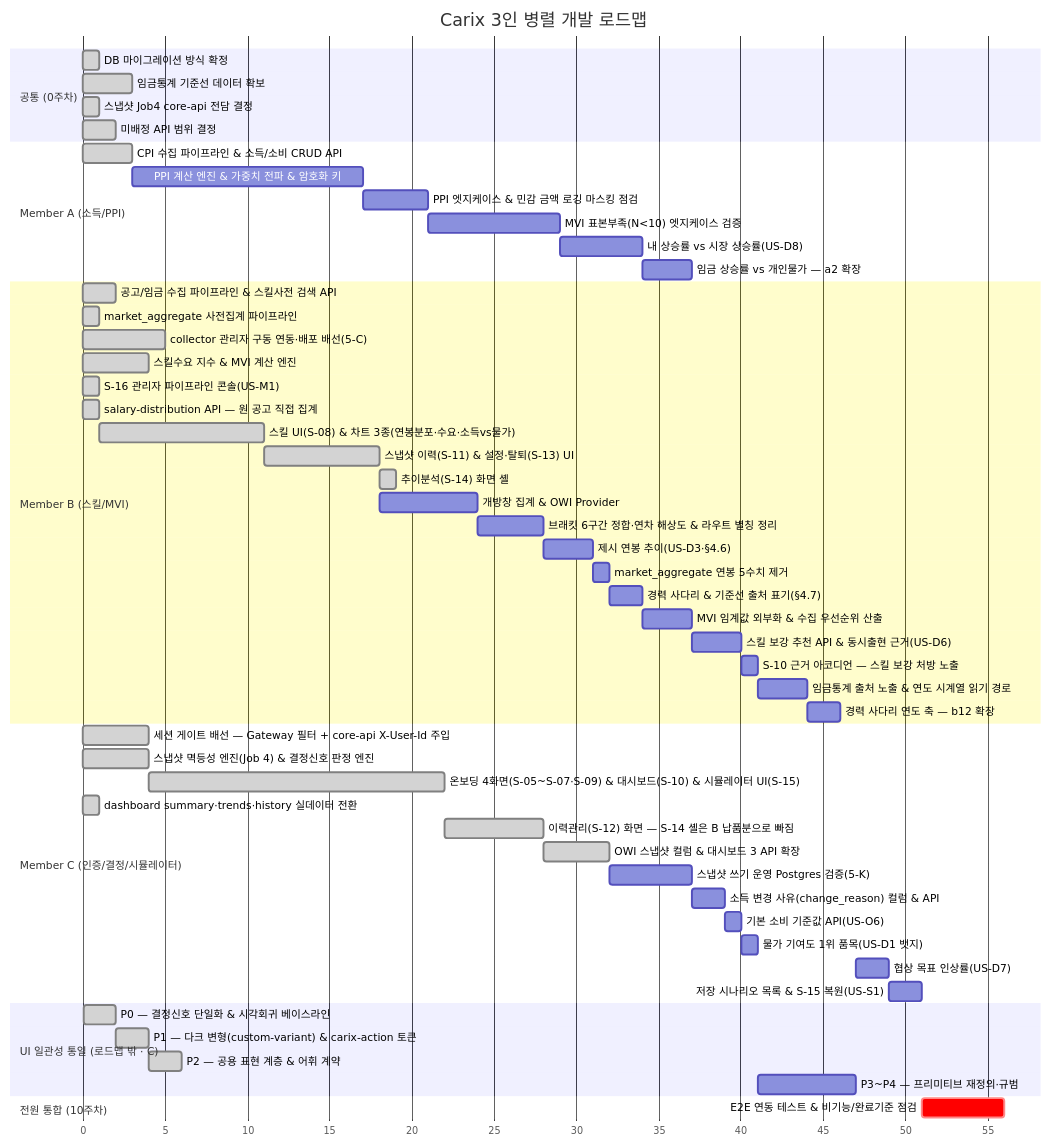
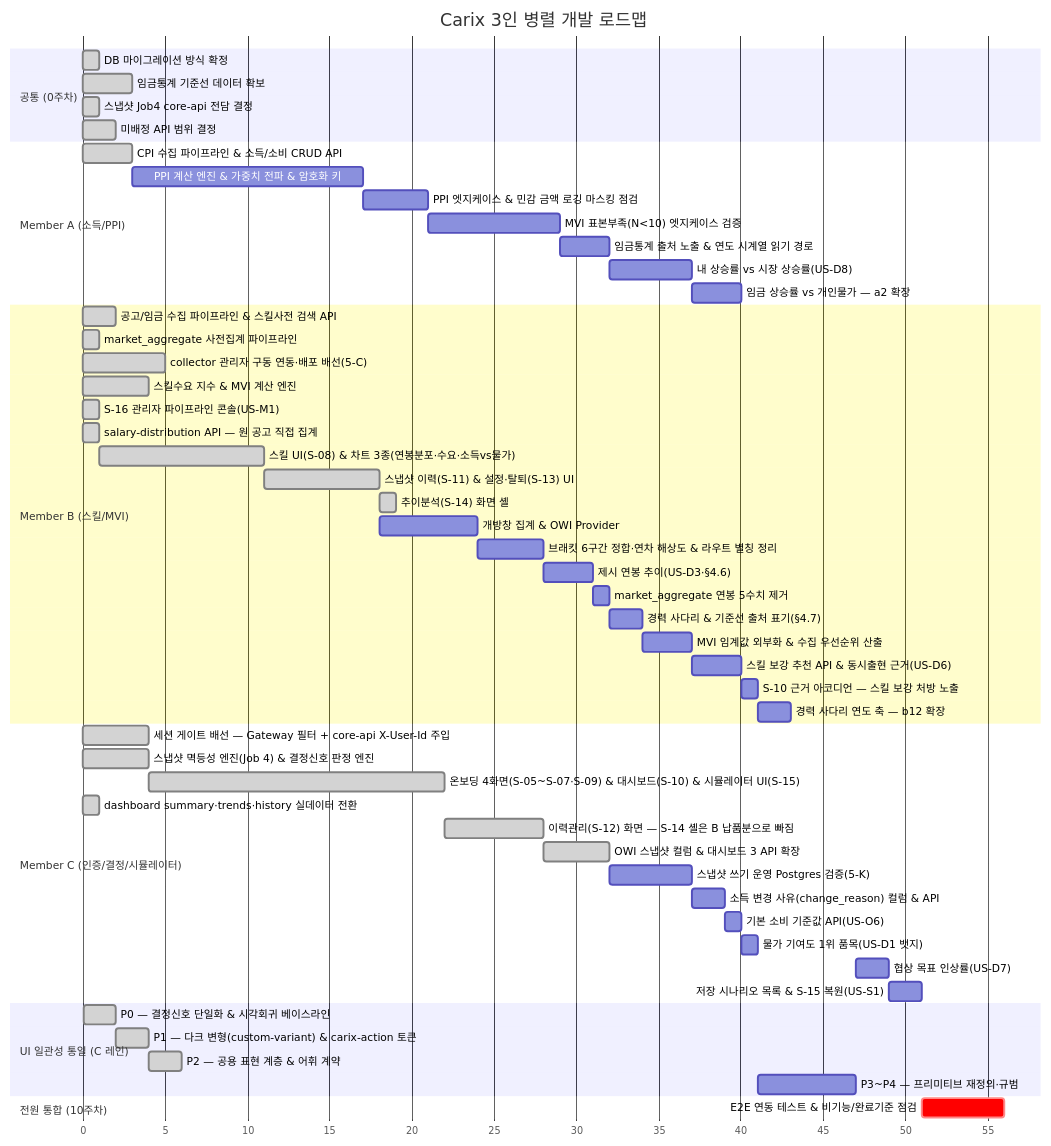
Before and after one commit to SeoHyeokGyu/Carix: the first of 2 diagrams in docs/plans/carix-dev-plan.md, drawn with Mermaid. The commit also changed other lines of this file and 2 other files, not shown here.

````diff
--- a/docs/plans/carix-dev-plan.md
+++ b/docs/plans/carix-dev-plan.md
@@ -89,58 +89,58 @@
 ```mermaid
 gantt
     title Carix 3인 병렬 개발 로드맵
     dateFormat X
     axisFormat %s
     section 공통 (0주차)
     DB 마이그레이션 방식 확정 :done, c0a, 0, 1s
     임금통계 기준선 데이터 확보 :done, a0, 3, 3s
     스냅샷 Job4 core-api 전담 결정 :done, i0, 7, 1s
     미배정 API 범위 결정 :done, c0, 7, 2s
     section Member A (소득/PPI)
     CPI 수집 파이프라인 & 소득/소비 CRUD API :done, a1, 12, 3s
     PPI 계산 엔진 & 가중치 전파 & 암호화 키 :a2, after a1, 14s
     PPI 엣지케이스 & 민감 금액 로깅 마스킹 점검 :a7, after a2, 4s
     MVI 표본부족(N<10) 엣지케이스 검증 :a8, after a7, 8s
-    내 상승률 vs 시장 상승률(US-D8) :a9, after a8, 5s
+    임금통계 출처 노출 & 연도 시계열 읽기 경로 :a11, after a8, 3s
+    내 상승률 vs 시장 상승률(US-D8) :a9, after a11, 5s
     임금 상승률 vs 개인물가 — a2 확장 :a10, after a9, 3s
     section Member B (스킬/MVI)
     공고/임금 수집 파이프라인 & 스킬사전 검색 API :done, b1, 2, 2s
     market_aggregate 사전집계 파이프라인 :done, b2a, 3, 1s
     collector 관리자 구동 연동·배포 배선(5-C) :done, b0, 7, 5s
     스킬수요 지수 & MVI 계산 엔진 :done, b2, 8, 4s
     S-16 관리자 파이프라인 콘솔(US-M1) :done, b16, 14, 1s
     salary-distribution API — 원 공고 직접 집계 :done, b3a, 15, 1s
     스킬 UI(S-08) & 차트 3종(연봉분포·수요·소득vs물가) :done, b3, after b3a, 10s
     스냅샷 이력(S-11) & 설정·탈퇴(S-13) UI :done, b4, after b3, 7s
     추이분석(S-14) 화면 셸 :done, b4a, after b4, 1s
     개방창 집계 & OWI Provider :b6, after b4, 6s
     브래킷 6구간 정합·연차 해상도 & 라우트 별칭 정리 :b7, after b6, 4s
     제시 연봉 추이(US-D3·§4.6) :b10, after b7, 3s
     market_aggregate 연봉 5수치 제거 :b11, after b10, 1s
     경력 사다리 & 기준선 출처 표기(§4.7) :b12, after b11, 2s
     MVI 임계값 외부화 & 수집 우선순위 산출 :b8, after b12, 3s
     스킬 보강 추천 API & 동시출현 근거(US-D6) :b9, after b8, 3s
     S-10 근거 아코디언 — 스킬 보강 처방 노출 :b15, after b9, 1s
-    임금통계 출처 노출 & 연도 시계열 읽기 경로 :b13, after b15, 3s
-    경력 사다리 연도 축 — b12 확장 :b14, after b13, 2s
+    경력 사다리 연도 축 — b12 확장 :b14, after b15, 2s
     section Member C (인증/결정/시뮬레이터)
     세션 게이트 배선 — Gateway 필터 + core-api X-User-Id 주입 :done, c0b, 7, 4s
     스냅샷 멱등성 엔진(Job 4) & 결정신호 판정 엔진 :done, c2, 8, 4s
     온보딩 4화면(S-05~S-07·S-09) & 대시보드(S-10) & 시뮬레이터 UI(S-15) :done, c3, after c2, 18s
     dashboard summary·trends·history 실데이터 전환 :done, c4a, 15, 1s
     이력관리(S-12) 화면 — S-14 셸은 B 납품분으로 빠짐 :done, c4, after c3, 6s
     OWI 스냅샷 컬럼 & 대시보드 3 API 확장 :done, c6, after c4, 4s
     스냅샷 쓰기 운영 Postgres 검증(5-K) :c5, after c6, 5s
     소득 변경 사유(change_reason) 컬럼 & API :c10, after c5, 2s
     기본 소비 기준값 API(US-O6) :c11, after c10, 1s
     물가 기여도 1위 품목(US-D1 뱃지) :c12, after c11, 1s
     협상 목표 인상률(US-D7) :c8, after ui3, 2s
     저장 시나리오 목록 & S-15 복원(US-S1) :c9, after c8, 2s
-    section UI 일관성 통일 (로드맵 밖 · C)
+    section UI 일관성 통일 (C 레인)
     P0 — 결정신호 단일화 & 시각회귀 베이스라인 :done, ui0, 33, 2s
     P1 — 다크 변형(custom-variant) & carix-action 토큰 :done, ui1, after ui0, 2s
     P2 — 공용 표현 계층 & 어휘 계약 :done, ui2, after ui1, 2s
     P3~P4 — 프리미티브 재정의·규범 :ui3, after c12, 6s
     section 전원 통합 (10주차)
     E2E 연동 테스트 & 비기능/완료기준 점검 :crit, e2e, after a10 b14 c9, 5s
 ```
````
